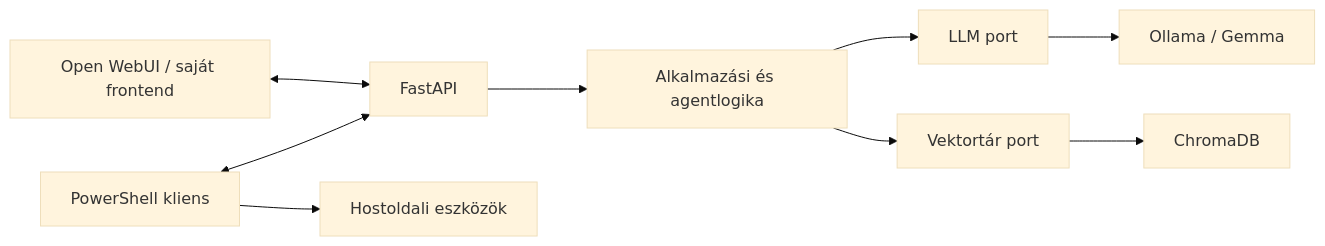
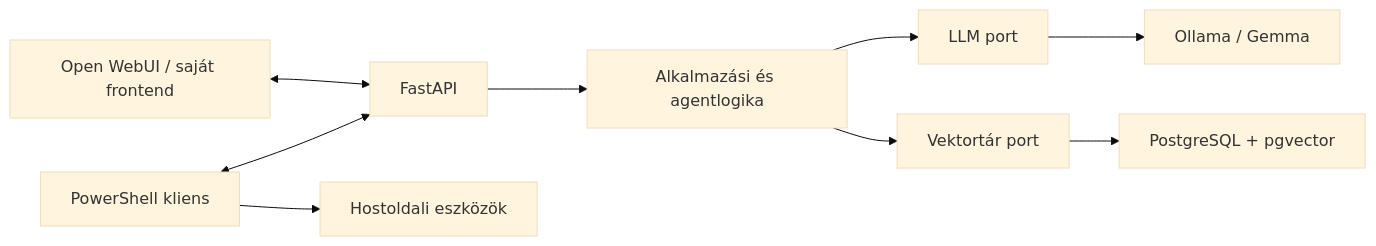
Before and after one commit to ZoltanKarika/Kelvin-Assistant: the diagram in README.md, drawn with Mermaid (base theme). The commit also changed other lines of this file and 8 other files, not shown here.

Commit message:
docs: select PostgreSQL pgvector for knowledge store

````diff
--- a/README.md
+++ b/README.md
@@ -64,21 +64,21 @@
 ```mermaid
 flowchart LR
     PS["PowerShell kliens"]
     WEB["Open WebUI / saját frontend"]
     API["FastAPI"]
     APP["Alkalmazási és agentlogika"]
     LLM["LLM port"]
     VECTOR["Vektortár port"]
     OLLAMA["Ollama / Gemma"]
-    CHROMA["ChromaDB"]
+    PG["PostgreSQL + pgvector"]
     TOOLS["Hostoldali eszközök"]
 
     PS <--> API
     WEB <--> API
     API --> APP
     APP --> LLM
     APP --> VECTOR
     LLM --> OLLAMA
-    VECTOR --> CHROMA
+    VECTOR --> PG
     PS --> TOOLS
 ```
````
